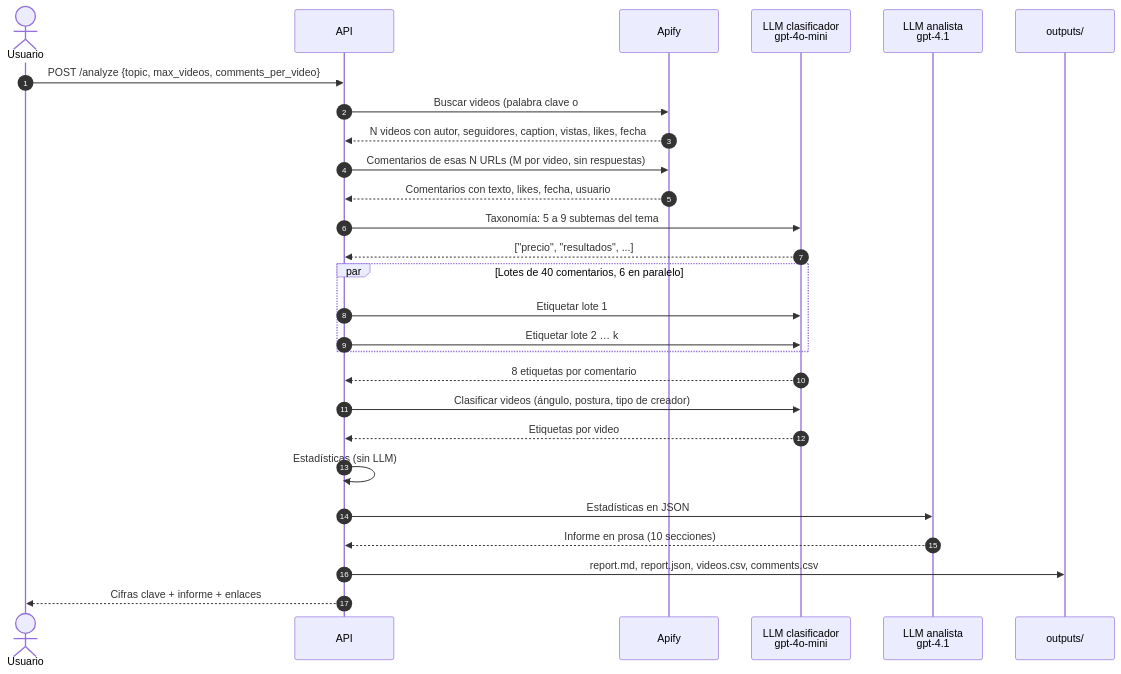
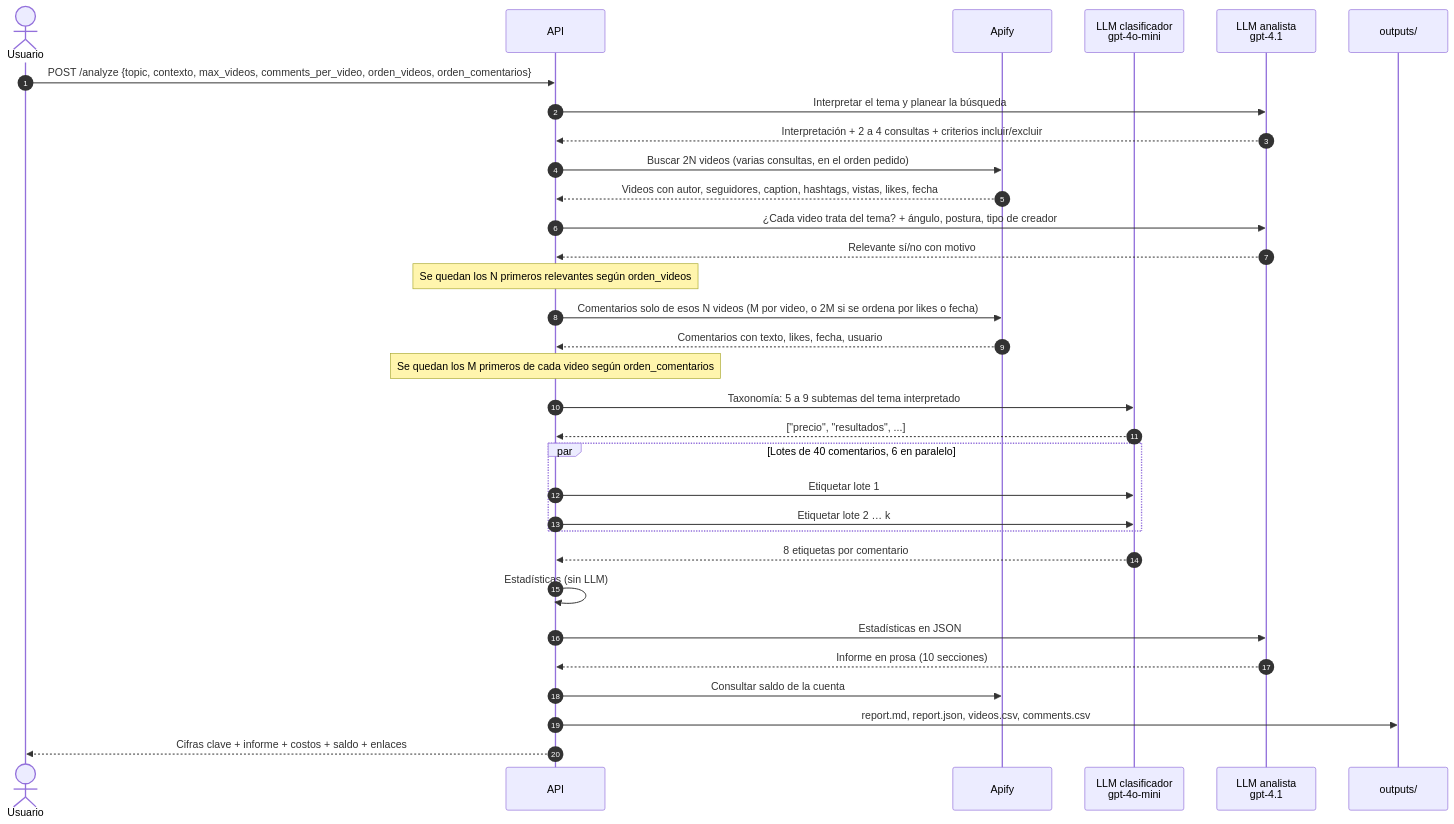
Before and after one commit to gasanchez10/juanita_tests: the second of 8 diagrams in docs/COMO_FUNCIONA.md, drawn with Mermaid. The commit also changed other lines of this file and 14 other files, not shown here.

First line of the commit message:
Orden de videos/comentarios, filtro de relevancia, costos y saldo, sentimiento de 3 clases

````diff
--- a/docs/COMO_FUNCIONA.md
+++ b/docs/COMO_FUNCIONA.md
@@ -32,30 +32,35 @@
 ```mermaid
 sequenceDiagram
     autonumber
     actor U as Usuario
     participant API as API
     participant AP as Apify
     participant M as LLM clasificador<br/>gpt-4o-mini
     participant A as LLM analista<br/>gpt-4.1
     participant D as outputs/
 
-    U->>API: POST /analyze {topic, max_videos, comments_per_video}
-    API->>AP: Buscar videos (palabra clave o #hashtag)
-    AP-->>API: N videos con autor, seguidores, caption, vistas, likes, fecha
-    API->>AP: Comentarios de esas N URLs (M por video, sin respuestas)
+    U->>API: POST /analyze {topic, contexto, max_videos, comments_per_video, orden_videos, orden_comentarios}
+    API->>A: Interpretar el tema y planear la búsqueda
+    A-->>API: Interpretación + 2 a 4 consultas + criterios incluir/excluir
+    API->>AP: Buscar 2N videos (varias consultas, en el orden pedido)
+    AP-->>API: Videos con autor, seguidores, caption, hashtags, vistas, likes, fecha
+    API->>A: ¿Cada video trata del tema? + ángulo, postura, tipo de creador
+    A-->>API: Relevante sí/no con motivo
+    Note over API: Se quedan los N primeros relevantes según orden_videos
+    API->>AP: Comentarios solo de esos N videos (M por video, o 2M si se ordena por likes o fecha)
     AP-->>API: Comentarios con texto, likes, fecha, usuario
-    API->>M: Taxonomía: 5 a 9 subtemas del tema
+    Note over API: Se quedan los M primeros de cada video según orden_comentarios
+    API->>M: Taxonomía: 5 a 9 subtemas del tema interpretado
     M-->>API: ["precio", "resultados", ...]
     par Lotes de 40 comentarios, 6 en paralelo
         API->>M: Etiquetar lote 1
         API->>M: Etiquetar lote 2 … k
     end
     M-->>API: 8 etiquetas por comentario
-    API->>M: Clasificar videos (ángulo, postura, tipo de creador)
-    M-->>API: Etiquetas por video
     API->>API: Estadísticas (sin LLM)
     API->>A: Estadísticas en JSON
     A-->>API: Informe en prosa (10 secciones)
+    API->>AP: Consultar saldo de la cuenta
     API->>D: report.md, report.json, videos.csv, comments.csv
-    API-->>U: Cifras clave + informe + enlaces
+    API-->>U: Cifras clave + informe + costos + saldo + enlaces
 ```
````
